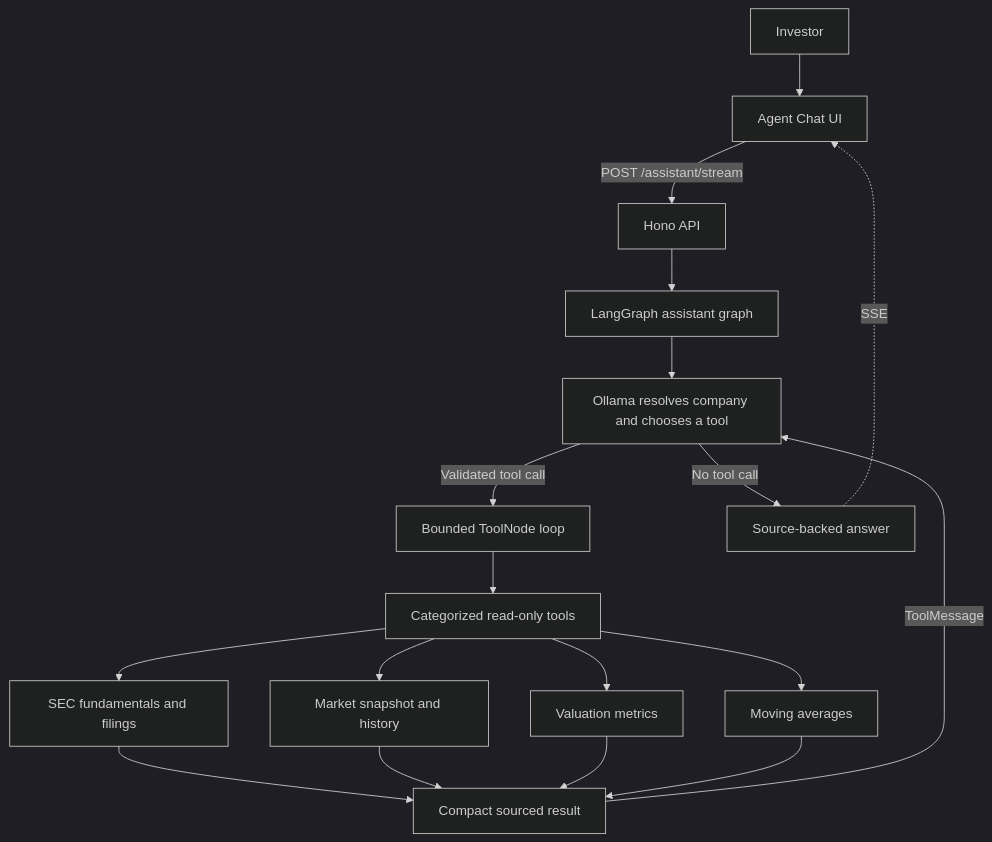
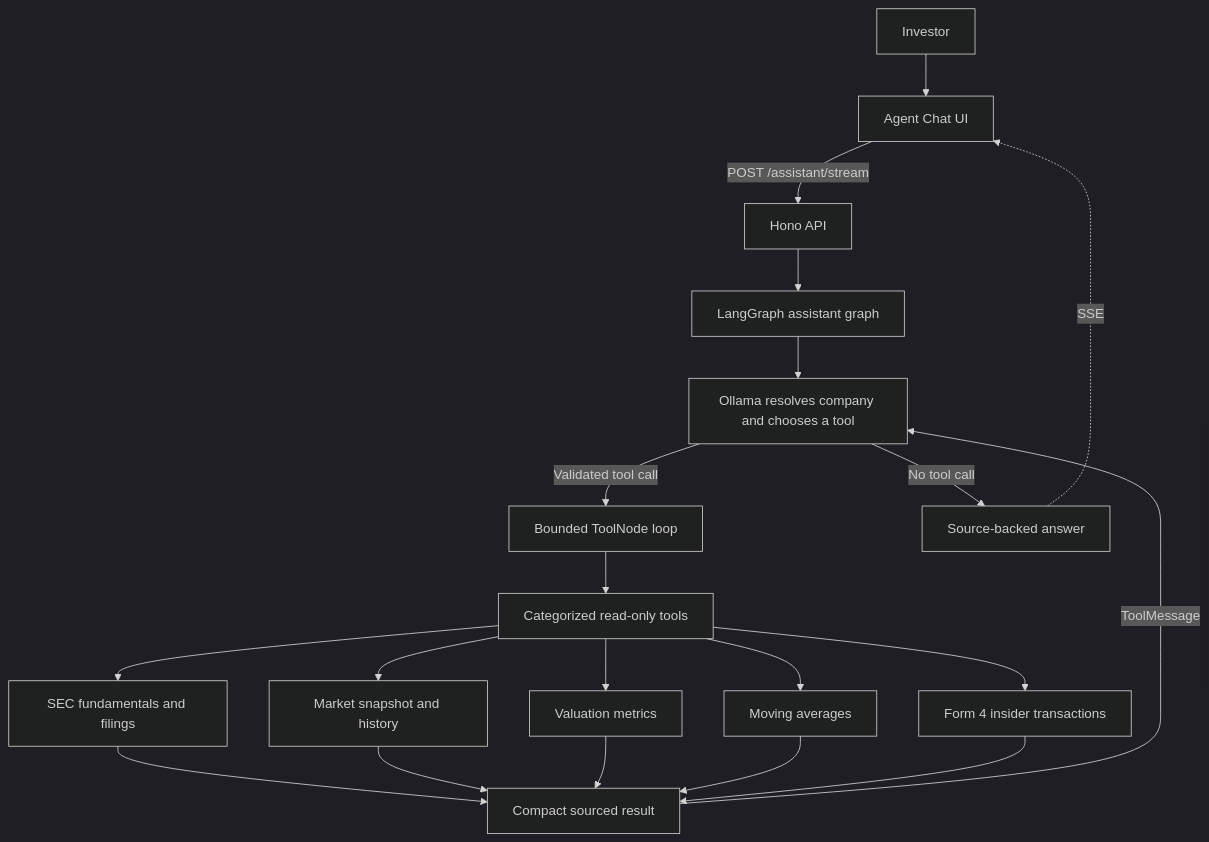
Before and after one commit to YuFanDeng/investment-research-committee: the second of 2 diagrams in README.md, drawn with Mermaid (dark theme). The commit also changed other lines of this file and 22 other files, not shown here.

````diff
--- a/README.md
+++ b/README.md
@@ -53,20 +54,22 @@
 ```mermaid
 flowchart TB
     User[Investor] --> UI[Agent Chat UI]
     UI -->|POST /assistant/stream| API[Hono API]
     API --> Graph[LangGraph assistant graph]
     Graph --> Model[Ollama resolves company and chooses a tool]
     Model -->|Validated tool call| ToolNode[Bounded ToolNode loop]
     ToolNode --> Catalog[Categorized read-only tools]
     Catalog --> SEC[SEC fundamentals and filings]
     Catalog --> Market[Market snapshot and history]
     Catalog --> Valuation[Valuation metrics]
     Catalog --> Technical[Moving averages]
+    Catalog --> Ownership[Form 4 insider transactions]
     SEC --> Result[Compact sourced result]
     Market --> Result
     Valuation --> Result
     Technical --> Result
+    Ownership --> Result
     Result -->|ToolMessage| Model
     Model -->|No tool call| Answer[Source-backed answer]
     Answer -. SSE .-> UI
 ```
````
